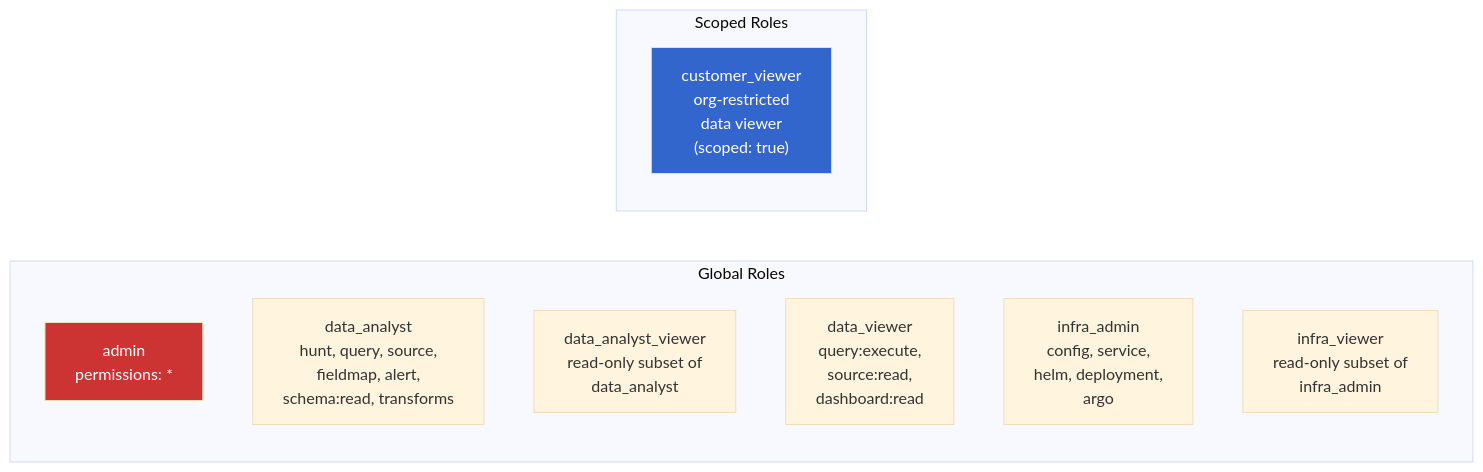
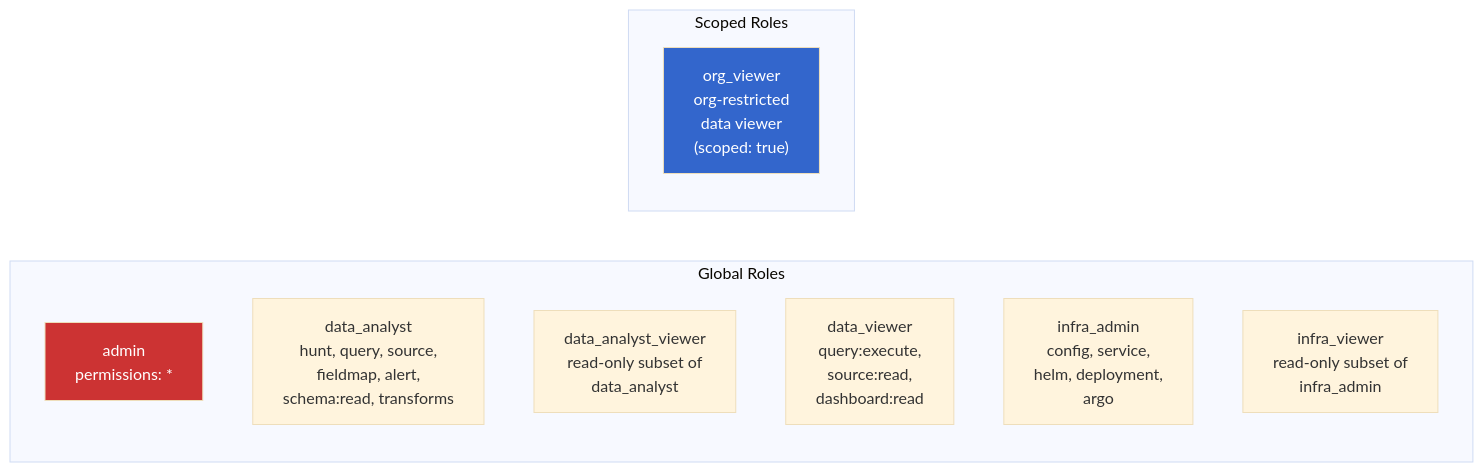
The fourth of 11 diagrams in docs/control-plane/rbac.md (hyperi-io/dfe-engine), drawn with Mermaid (base theme) before and after one commit. The commit also changed other lines of this file and 18 other files, not shown here.

First line of the commit message:
fix(auth): rename customer_viewer to org_viewer

````diff
--- a/docs/control-plane/rbac.md
+++ b/docs/control-plane/rbac.md
@@ -247,18 +247,18 @@
 ```mermaid
 graph LR
     subgraph "Global Roles"
         ADMIN["admin<br/>permissions: *"]
         DA["data_analyst<br/>hunt, query, source,<br/>fieldmap, alert,<br/>schema:read, transforms"]
         DAV["data_analyst_viewer<br/>read-only subset of<br/>data_analyst"]
         DV["data_viewer<br/>query:execute,<br/>source:read,<br/>dashboard:read"]
         IA["infra_admin<br/>config, service,<br/>helm, deployment,<br/>argo"]
         IV["infra_viewer<br/>read-only subset of<br/>infra_admin"]
     end
 
     subgraph "Scoped Roles"
-        CV["customer_viewer<br/>org-restricted<br/>data viewer<br/>(scoped: true)"]
+        CV["org_viewer<br/>org-restricted<br/>data viewer<br/>(scoped: true)"]
     end
 
     style ADMIN fill:#c33,color:#fff
     style CV fill:#36c,color:#fff
 ```
````
